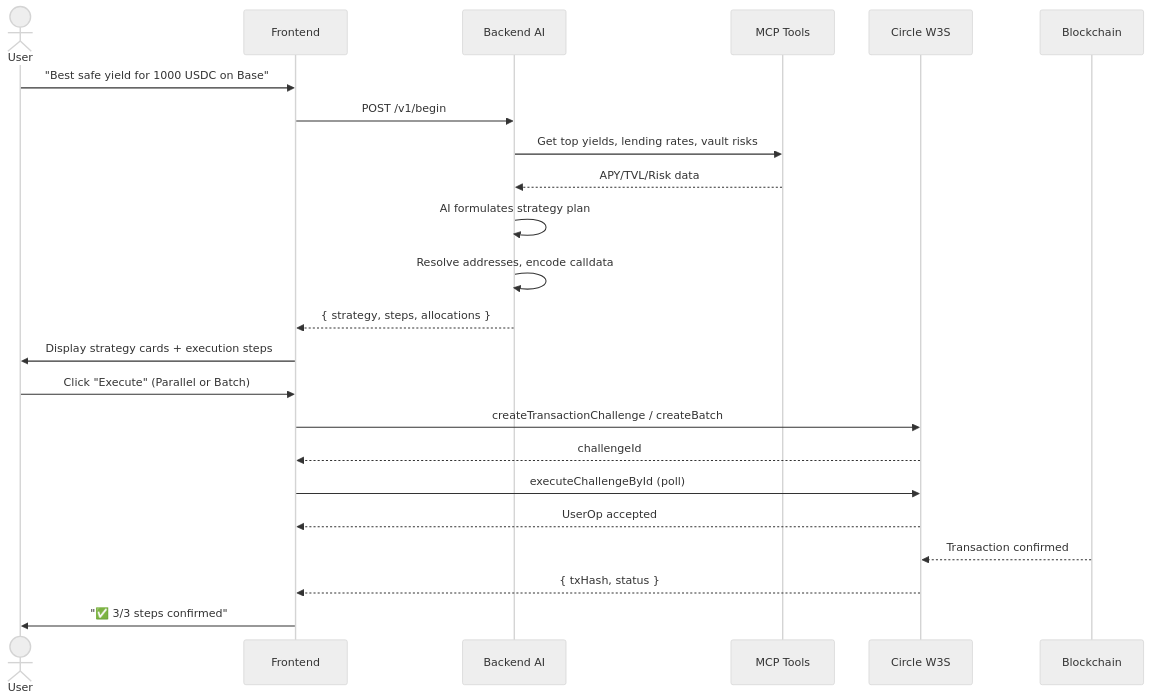
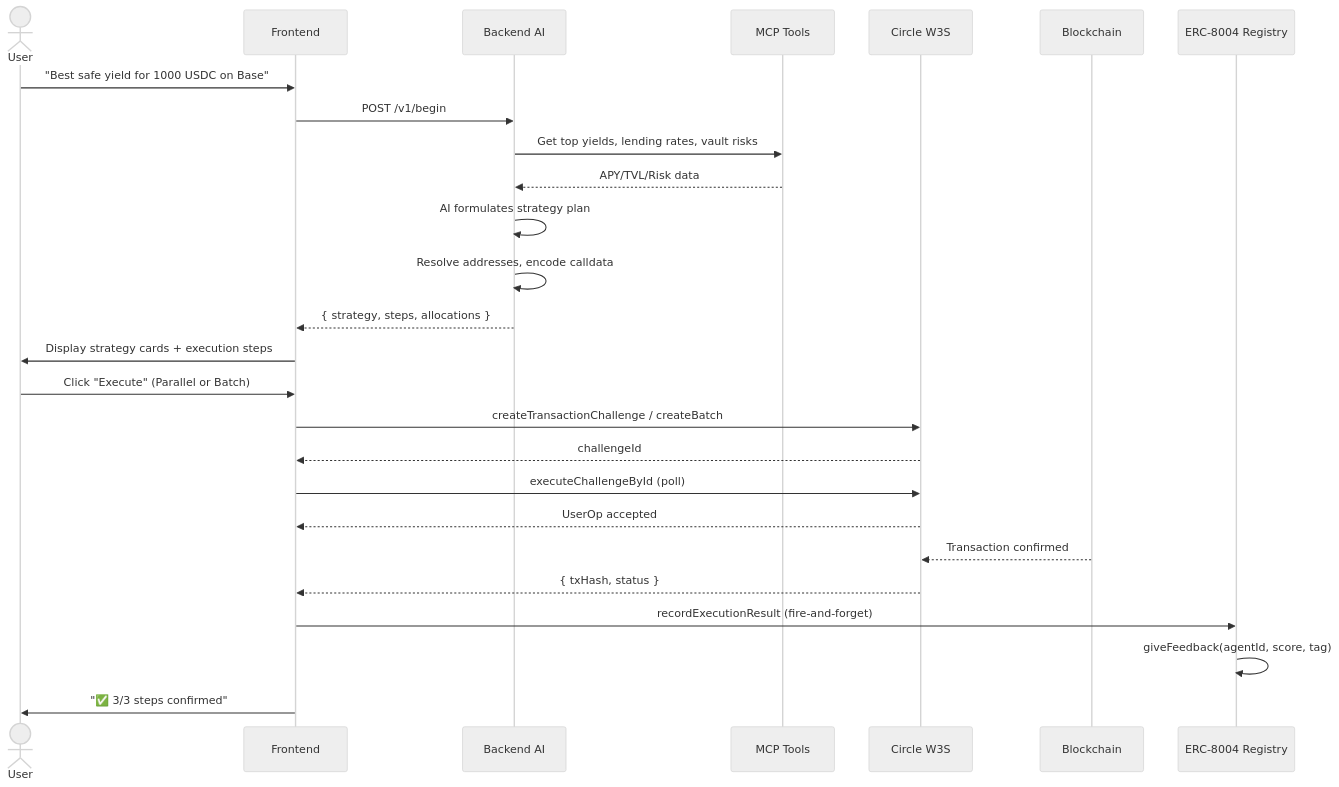
One commit to the-first-elder/UNIT changed the diagram in README.md. Above: the diagram before and after it, drawn with Mermaid (neutral theme). The commit also changed other lines of this file, not shown here.

````diff
--- a/README.md
+++ b/README.md
@@ -111,26 +123,29 @@
 ```mermaid
 sequenceDiagram
     actor U as User
     participant FE as Frontend
     participant BE as Backend AI
     participant MCP as MCP Tools
     participant Circle as Circle W3S
     participant Chain as Blockchain
+    participant Rep as ERC-8004 Registry
 
     U->>FE: "Best safe yield for 1000 USDC on Base"
     FE->>BE: POST /v1/begin
     BE->>MCP: Get top yields, lending rates, vault risks
     MCP-->>BE: APY/TVL/Risk data
     BE->>BE: AI formulates strategy plan
     BE->>BE: Resolve addresses, encode calldata
     BE-->>FE: { strategy, steps, allocations }
     FE->>U: Display strategy cards + execution steps
     U->>FE: Click "Execute" (Parallel or Batch)
     FE->>Circle: createTransactionChallenge / createBatch
     Circle-->>FE: challengeId
     FE->>Circle: executeChallengeById (poll)
     Circle-->>FE: UserOp accepted
     Chain-->>Circle: Transaction confirmed
     Circle-->>FE: { txHash, status }
+    FE->>Rep: recordExecutionResult (fire-and-forget)
+    Rep->>Rep: giveFeedback(agentId, score, tag)
     FE->>U: "✅ 3/3 steps confirmed"
 ```
````
